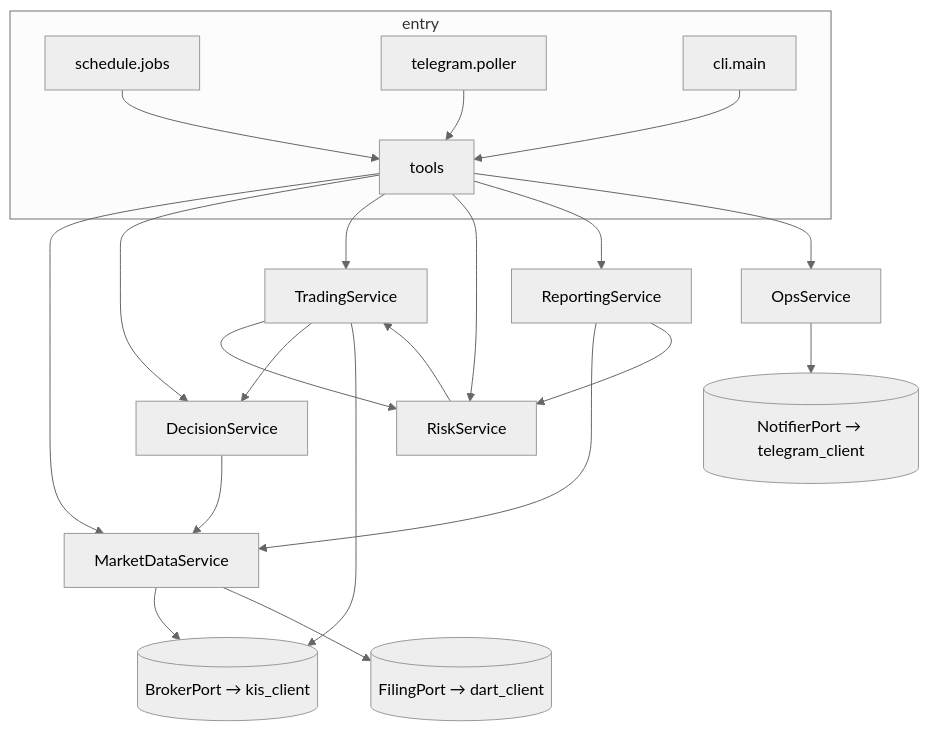
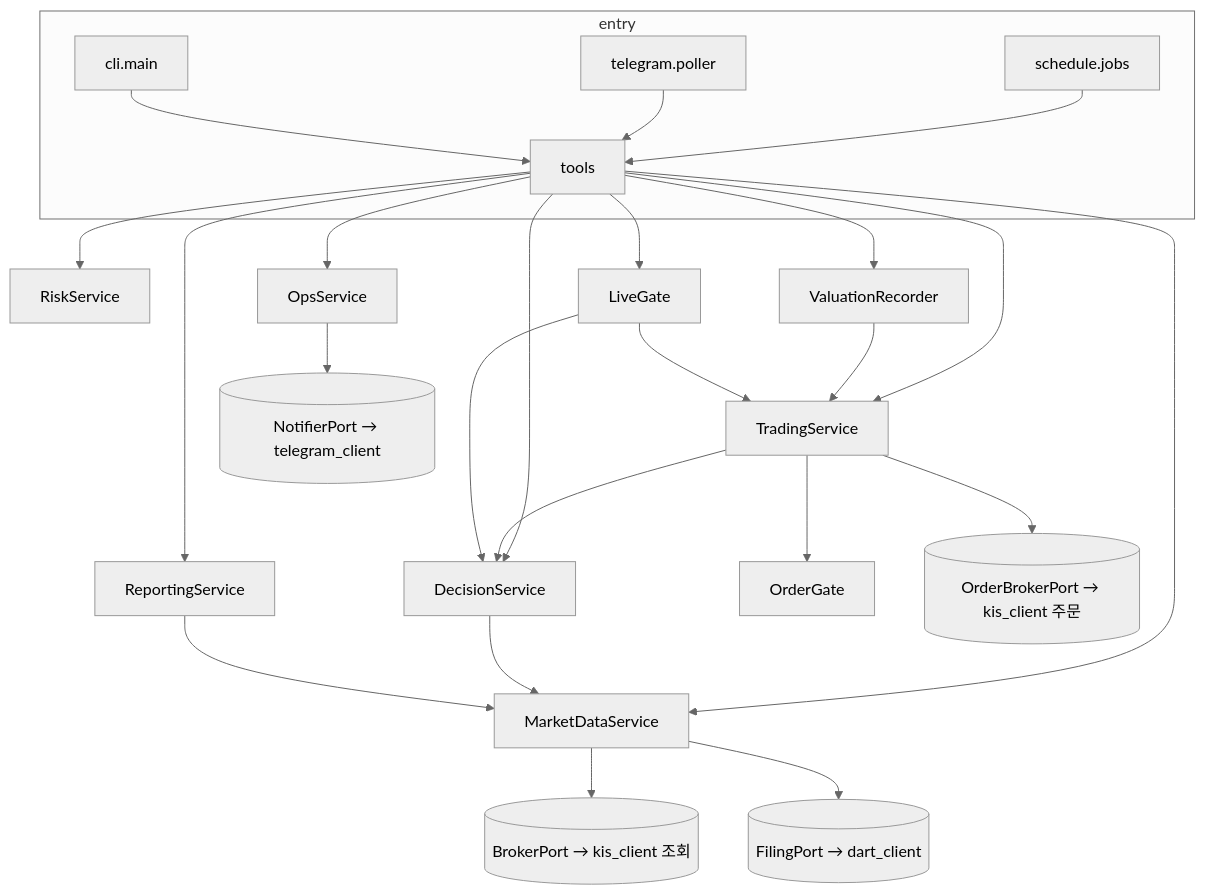
Before and after one commit to HoyoungParkme/quant-rebalance-bot: the first of 17 diagrams in docs/specs/06-DOM/QBOT-DOM-002.md, drawn with Mermaid (neutral theme). The commit also changed other lines of this file, not shown here.

Commit message:
구현 반영: 조회 포트와 주문 포트 분리(6장 미결 2 해소), risk에 OrderGate·ValuationRecorder·LiveGate, reporting crud 추가, 폴더 구조를 실제와 맞춤, 입구 동시성 규칙

````diff
--- a/docs/specs/06-DOM/QBOT-DOM-002.md
+++ b/docs/specs/06-DOM/QBOT-DOM-002.md
@@ -75,24 +78,27 @@
 ```mermaid
 flowchart TB
   subgraph entry
     SCH[schedule.jobs] --> T[tools]
     TG[telegram.poller] --> T
     CLI[cli.main] --> T
   end
   T --> MD[MarketDataService]
   T --> DS[DecisionService]
   T --> TS[TradingService]
   T --> RS[RiskService]
+  T --> VR[ValuationRecorder]
+  T --> LG[LiveGate]
   T --> RP[ReportingService]
   T --> OS[OpsService]
   DS --> MD
-  TS --> RS
+  TS --> OG[OrderGate]
   TS --> DS
-  RS --> TS
+  VR --> TS
+  LG --> DS
+  LG --> TS
   RP --> MD
-  RP --> RS
-  MD --> KIS[(BrokerPort → kis_client)]
+  MD --> KISQ[(BrokerPort → kis_client 조회)]
   MD --> DART[(FilingPort → dart_client)]
-  TS --> KIS
+  TS --> KISO[(OrderBrokerPort → kis_client 주문)]
   OS --> TGC[(NotifierPort → telegram_client)]
 ```
````
